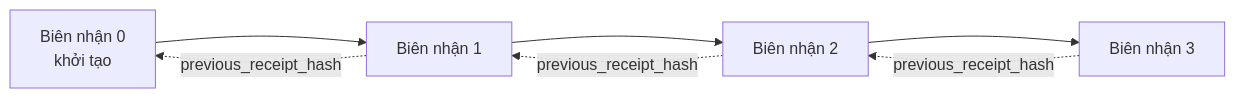
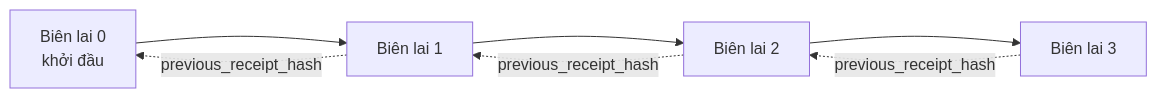
One commit to microsoft/ai-agents-for-beginners changed the second of 2 diagrams in translations/vi/18-securing-ai-agents/README.md. Above: the diagram before and after it, drawn with Mermaid. The commit also changed other lines of this file and 47 other files, not shown here.

````diff
--- a/translations/vi/18-securing-ai-agents/README.md
+++ b/translations/vi/18-securing-ai-agents/README.md
@@ -206,9 +203,9 @@
 ```mermaid
 flowchart LR
-    R0[Biên nhận 0<br/>khởi tạo] --> R1[Biên nhận 1]
-    R1 --> R2[Biên nhận 2]
-    R2 --> R3[Biên nhận 3]
+    R0[Biên lai 0<br/>khởi đầu] --> R1[Biên lai 1]
+    R1 --> R2[Biên lai 2]
+    R2 --> R3[Biên lai 3]
     R1 -. previous_receipt_hash .-> R0
     R2 -. previous_receipt_hash .-> R1
     R3 -. previous_receipt_hash .-> R2
 ```
````
